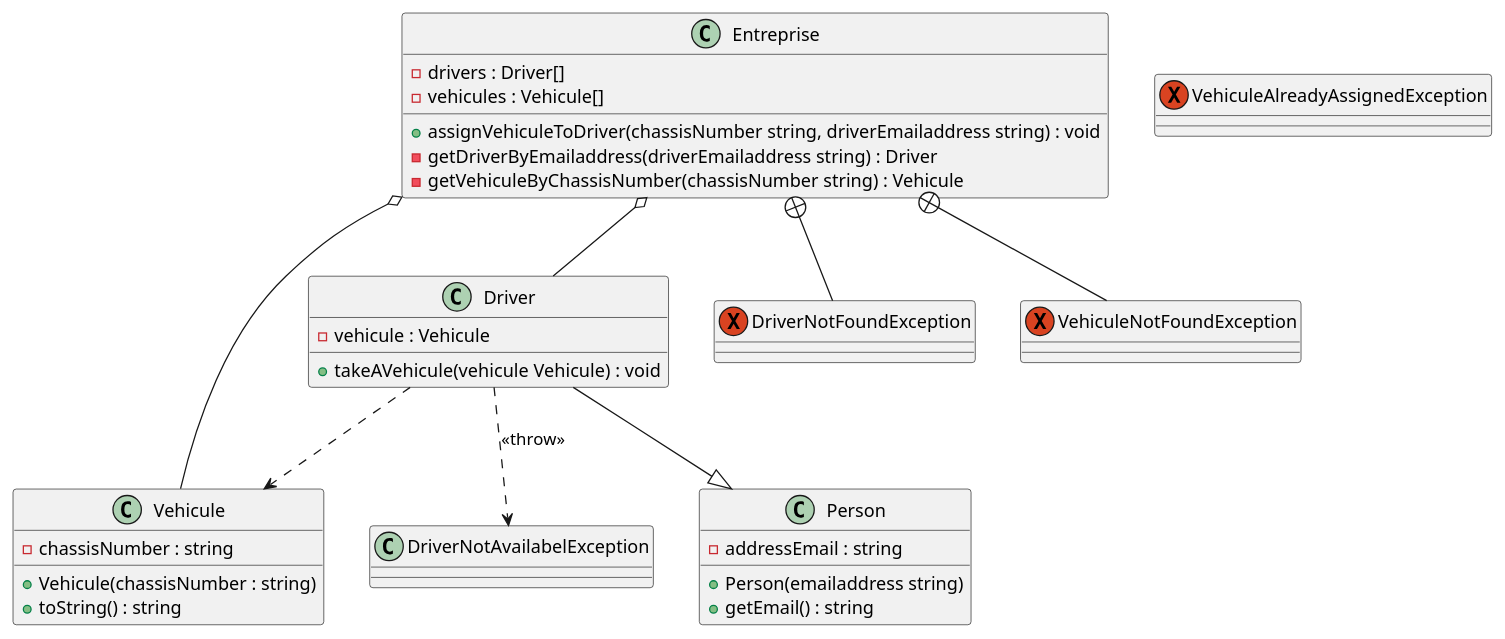
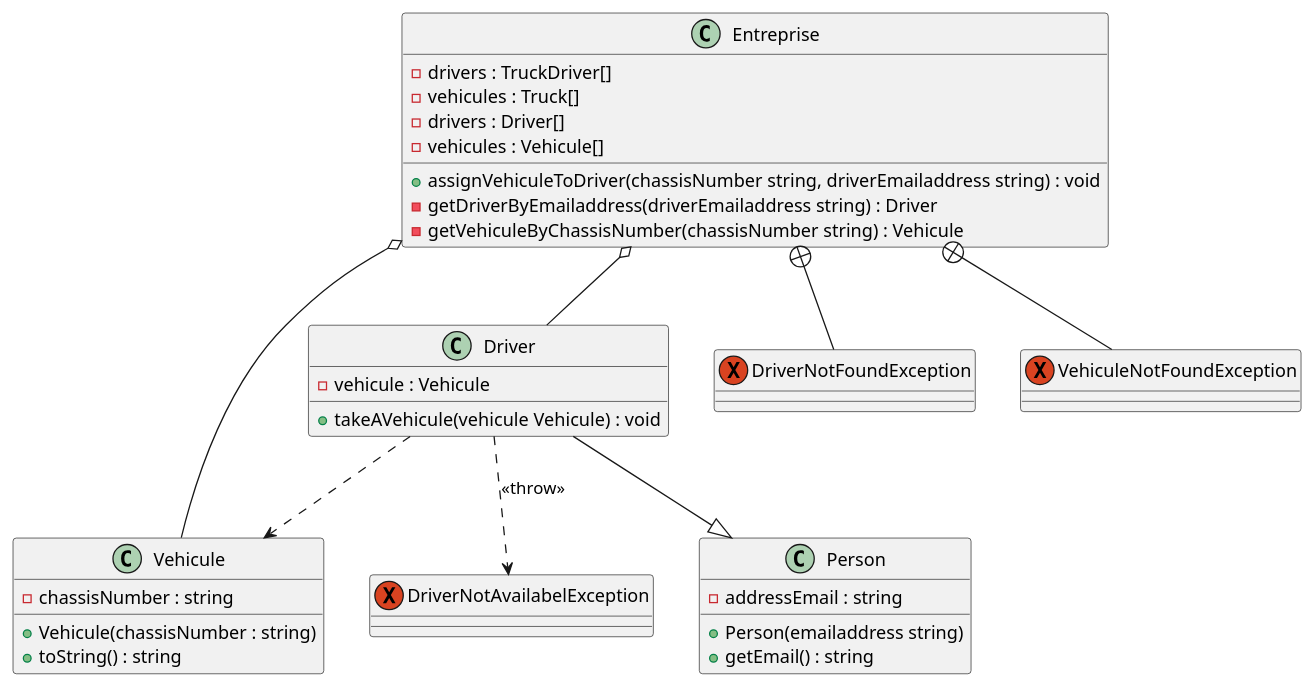
One commit to NathanChauveau/SequenceToCode changed the diagram in docs/diagramClass.wsd. Above: the diagram before and after it, drawn with PlantUML.

Commit message:
fix: fix name of the exception

```diff
--- a/docs/diagramClass.wsd
+++ b/docs/diagramClass.wsd
@@ -1,37 +1,41 @@
 @startuml
 class Entreprise
 class Driver
 class Person
 class Vehicule
 exception DriverNotFoundException 
 exception VehiculeNotFoundException
-exception VehiculeAlreadyAssignedException
+exception DriverNotAvailabelException
 
+
+
+Entreprise : -drivers : TruckDriver[]
+Entreprise : -vehicules : Truck[]
 Entreprise : -drivers : Driver[]
 Entreprise : -vehicules : Vehicule[]
 Entreprise : +assignVehiculeToDriver(chassisNumber string, driverEmailaddress string) : void
 Entreprise : -getDriverByEmailaddress(driverEmailaddress string) : Driver
 Entreprise : -getVehiculeByChassisNumber(chassisNumber string) : Vehicule
 
 Driver : -vehicule : Vehicule
 Driver : +takeAVehicule(vehicule Vehicule) : void
 
 Person : -addressEmail : string
 Person : +Person(emailaddress string)
 Person : +getEmail() : string
 
 Vehicule : +Vehicule(chassisNumber : string)
 Vehicule : +toString() : string
 Vehicule : -chassisNumber : string 
  
 
 Entreprise o-- Driver
 Entreprise o-- Vehicule
 Driver --|> Person
 Entreprise +-- DriverNotFoundException 
 Entreprise +-- VehiculeNotFoundException 
 Driver ..> Vehicule
 Driver ..> DriverNotAvailabelException : << throw >> 
 
 
 @enduml
```
